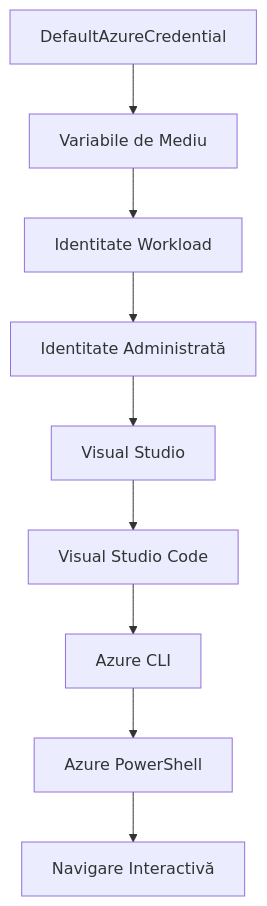
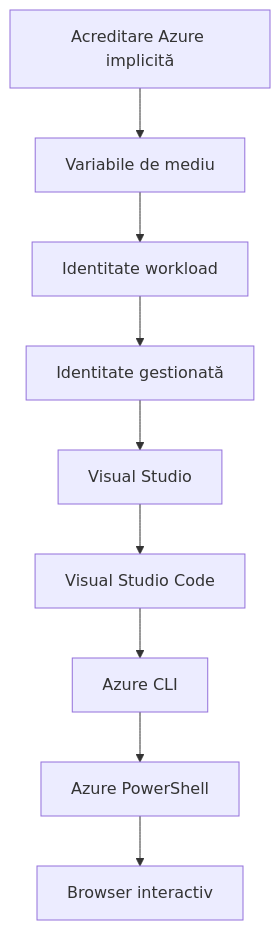
The second of 2 diagrams in translations/ro/docs/chapter-01-foundation/azd-basics.md (microsoft/AZD-for-beginners), drawn with Mermaid before and after one commit. The commit also changed other lines of this file and 101 other files, not shown here.

````diff
--- a/translations/ro/docs/chapter-01-foundation/azd-basics.md
+++ b/translations/ro/docs/chapter-01-foundation/azd-basics.md
@@ -591,11 +593,11 @@
 ```mermaid
 graph TD
-    A[DefaultAzureCredential] --> B[Variabile de Mediu]
-    B --> C[Identitate Workload]
-    C --> D[Identitate Administrată]
+    A[Acreditare Azure implicită] --> B[Variabile de mediu]
+    B --> C[Identitate workload]
+    C --> D[Identitate gestionată]
     D --> E[Visual Studio]
     E --> F[Visual Studio Code]
     F --> G[Azure CLI]
     G --> H[Azure PowerShell]
-    H --> I[Navigare Interactivă]
+    H --> I[Browser interactiv]
 ```
````
